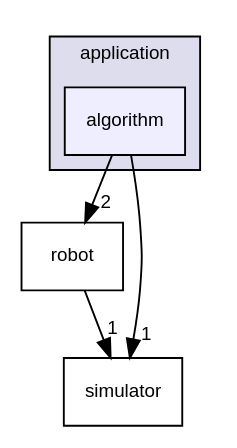
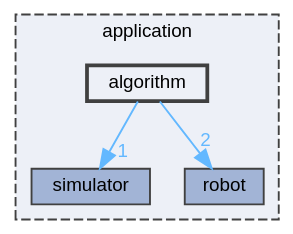
Before and after one commit to darshit-desai/Maze-Solver-simulation-using-Wall-Following-Algorithm-OOP: the diagram in docs/dir_8788d5b9ef76e6c3c9e62a52e6c8fb62_dep.dot, drawn with Graphviz. The commit also changed 381 other files, not shown here.

```diff
--- a/docs/dir_8788d5b9ef76e6c3c9e62a52e6c8fb62_dep.dot
+++ b/docs/dir_8788d5b9ef76e6c3c9e62a52e6c8fb62_dep.dot
@@ -1,14 +1,16 @@
-digraph "application/algorithm" {
+digraph "D:/Maze-Solver-simulation-using-Wall-Following-Algorithm-OOP/application/algorithm"
+{
+ // LATEX_PDF_SIZE
+  bgcolor="transparent";
+  edge [fontname=Helvetica,fontsize=10,labelfontname=Helvetica,labelfontsize=10];
+  node [fontname=Helvetica,fontsize=10,shape=box,height=0.2,width=0.4];
   compound=true
-  node [ fontsize="10", fontname="Helvetica"];
-  edge [ labelfontsize="10", labelfontname="Helvetica"];
   subgraph clusterdir_d75c23162a2652451dce46d2e7e8aead {
-    graph [ bgcolor="#ddddee", pencolor="black", label="application" fontname="Helvetica", fontsize="10", URL="dir_d75c23162a2652451dce46d2e7e8aead.html"]
-  dir_8788d5b9ef76e6c3c9e62a52e6c8fb62 [shape=box, label="algorithm", style="filled", fillcolor="#eeeeff", pencolor="black", URL="dir_8788d5b9ef76e6c3c9e62a52e6c8fb62.html"];
+    graph [ bgcolor="#edf0f7", pencolor="grey25", label="application", fontname=Helvetica,fontsize=10 style="filled,dashed", URL="dir_d75c23162a2652451dce46d2e7e8aead.html",tooltip=""]
+  dir_638ef7d2d9bbc9093729c39ba06043f5 [label="simulator", fillcolor="#a2b4d6", color="grey25", style="filled", URL="dir_638ef7d2d9bbc9093729c39ba06043f5.html",tooltip=""];
+  dir_e8d29c30eeee0fa0b24493a6a0331aff [label="robot", fillcolor="#a2b4d6", color="grey25", style="filled", URL="dir_e8d29c30eeee0fa0b24493a6a0331aff.html",tooltip=""];
+  dir_8788d5b9ef76e6c3c9e62a52e6c8fb62 [label="algorithm", fillcolor="#edf0f7", color="grey25", style="filled,bold", URL="dir_8788d5b9ef76e6c3c9e62a52e6c8fb62.html",tooltip=""];
   }
-  dir_e8d29c30eeee0fa0b24493a6a0331aff [shape=box label="robot" URL="dir_e8d29c30eeee0fa0b24493a6a0331aff.html"];
-  dir_638ef7d2d9bbc9093729c39ba06043f5 [shape=box label="simulator" URL="dir_638ef7d2d9bbc9093729c39ba06043f5.html"];
-  dir_e8d29c30eeee0fa0b24493a6a0331aff->dir_638ef7d2d9bbc9093729c39ba06043f5 [headlabel="1", labeldistance=1.5 headhref="dir_000002_000003.html"];
-  dir_8788d5b9ef76e6c3c9e62a52e6c8fb62->dir_e8d29c30eeee0fa0b24493a6a0331aff [headlabel="2", labeldistance=1.5 headhref="dir_000001_000002.html"];
-  dir_8788d5b9ef76e6c3c9e62a52e6c8fb62->dir_638ef7d2d9bbc9093729c39ba06043f5 [headlabel="1", labeldistance=1.5 headhref="dir_000001_000003.html"];
+  dir_8788d5b9ef76e6c3c9e62a52e6c8fb62->dir_638ef7d2d9bbc9093729c39ba06043f5 [headlabel="1", labeldistance=1.5 headhref="dir_000000_000005.html" color="steelblue1" fontcolor="steelblue1"];
+  dir_8788d5b9ef76e6c3c9e62a52e6c8fb62->dir_e8d29c30eeee0fa0b24493a6a0331aff [headlabel="2", labeldistance=1.5 headhref="dir_000000_000004.html" color="steelblue1" fontcolor="steelblue1"];
 }
```
